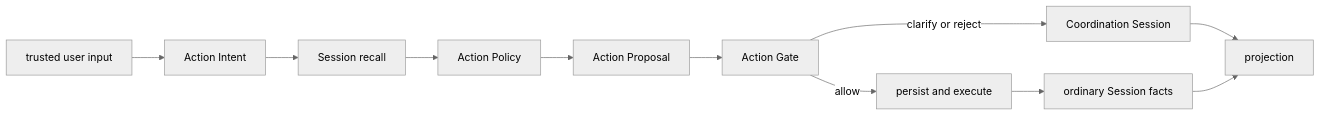
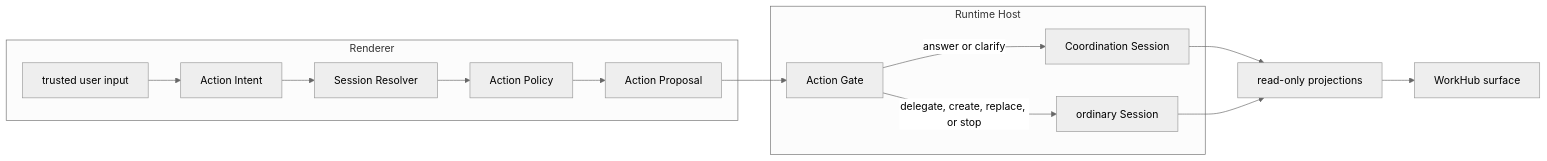
One commit to ARE404/maka-agent changed the diagram in docs/architecture/workhub-decision-and-authority-architecture.md. Above: the diagram before and after it, drawn with Mermaid (neutral theme). The commit also changed other lines of this file, not shown here.

Commit message:
docs(architecture): ablate speculative WorkHub design

````diff
--- a/docs/architecture/workhub-decision-and-authority-architecture.md
+++ b/docs/architecture/workhub-decision-and-authority-architecture.md
@@ -75,13 +33,19 @@
 ```mermaid
 flowchart LR
-    Input["trusted user input"] --> Intent["Action Intent"]
-    Intent --> Recall["Session recall"]
-    Recall --> Policy["Action Policy"]
-    Policy --> Proposal["Action Proposal"]
-    Proposal --> Gate["Action Gate"]
-    Gate -->|allow| Execute["persist and execute"]
-    Gate -->|clarify or reject| Coordinate["Coordination Session"]
-    Execute --> Facts["ordinary Session facts"]
-    Coordinate --> View["projection"]
-    Facts --> View
+    subgraph Renderer
+        Input["trusted user input"] --> Intent["Action Intent"]
+        Intent --> Resolver["Session Resolver"]
+        Resolver --> Policy["Action Policy"]
+        Policy --> Proposal["Action Proposal"]
+    end
+
+    subgraph RuntimeHost["Runtime Host"]
+        Proposal --> Gate["Action Gate"]
+        Gate -->|answer or clarify| Coordination["Coordination Session"]
+        Gate -->|delegate, create, replace, or stop| Target["ordinary Session"]
+    end
+
+    Coordination --> Projection["read-only projections"]
+    Target --> Projection
+    Projection --> Surface["WorkHub surface"]
 ```
````
